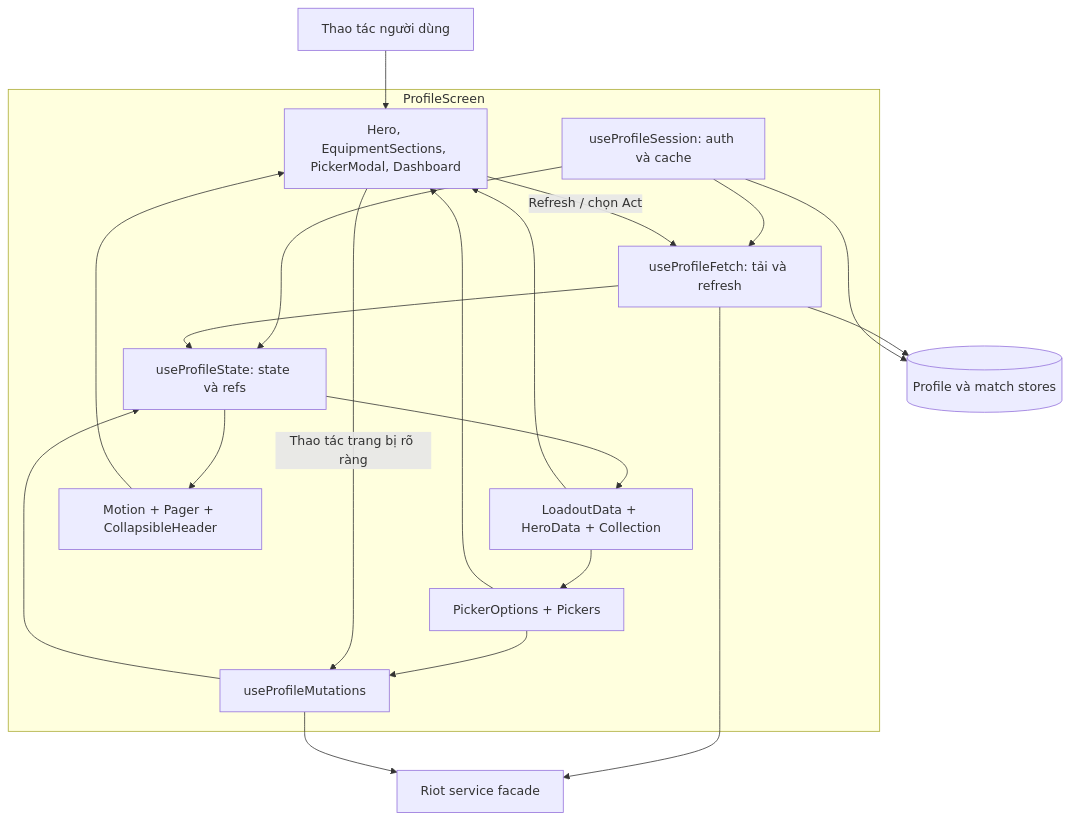
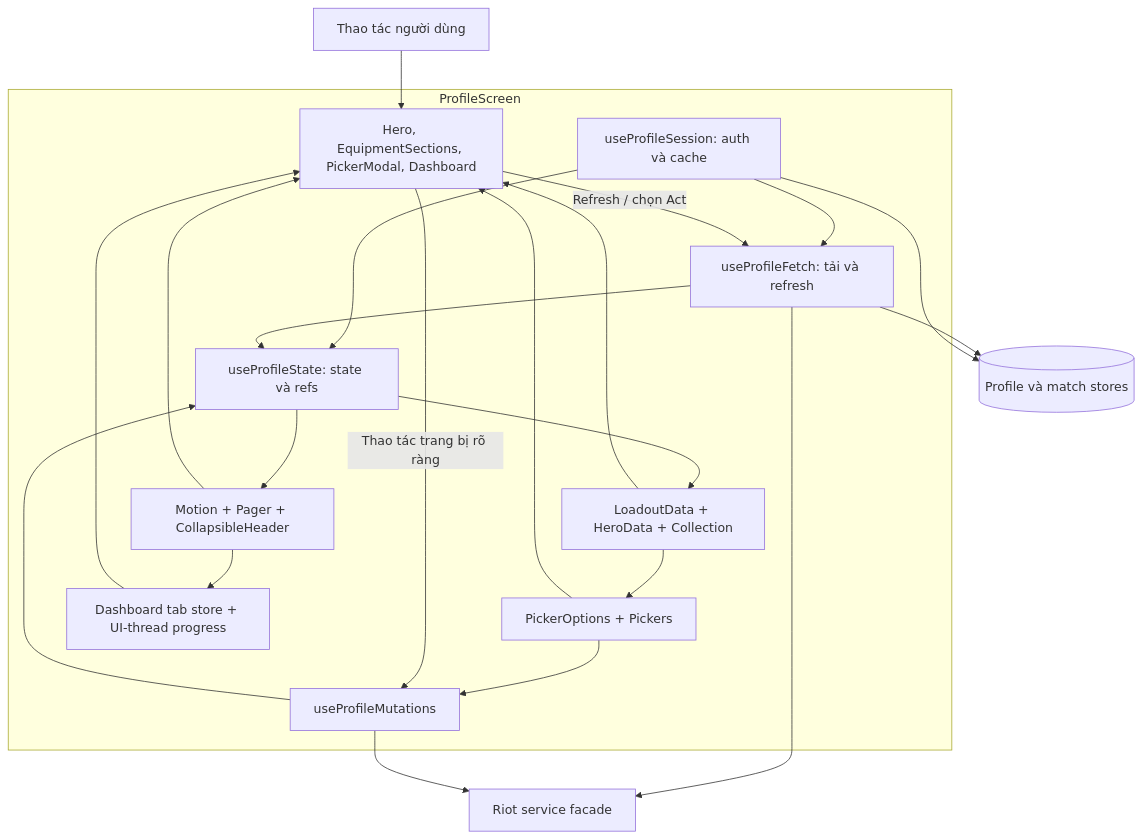
One commit to GinzaTech/Vshop changed the diagram in markdown/09-composite-structure.md. Above: the diagram before and after it, drawn with Mermaid. The commit also changed other lines of this file and 56 other files, not shown here.

````diff
--- a/markdown/09-composite-structure.md
+++ b/markdown/09-composite-structure.md
@@ -7,32 +7,35 @@
 ```mermaid
 flowchart TB
     U[Thao tác người dùng]
     subgraph Profile[ProfileScreen]
         Session[useProfileSession: auth và cache]
         State[useProfileState: state và refs]
         Fetch[useProfileFetch: tải và refresh]
         Derived[LoadoutData + HeroData + Collection]
         Picker[PickerOptions + Pickers]
         Mutation[useProfileMutations]
         Motion[Motion + Pager + CollapsibleHeader]
+        StatsTabs[Dashboard tab store + UI-thread progress]
         View[Hero, EquipmentSections, PickerModal, Dashboard]
         Session --> State
         Session --> Fetch
         Fetch --> State
         State --> Derived
         Derived --> View
         Derived --> Picker
         Picker --> View
         Picker --> Mutation
         Mutation --> State
         State --> Motion
         Motion --> View
+        StatsTabs --> View
+        Motion --> StatsTabs
     end
     U --> View
     View -->|Refresh / chọn Act| Fetch
     View -->|Thao tác trang bị rõ ràng| Mutation
     Fetch --> Riot[Riot service facade]
     Mutation --> Riot
     Fetch --> Cache[(Profile và match stores)]
     Session --> Cache
 ```
````
